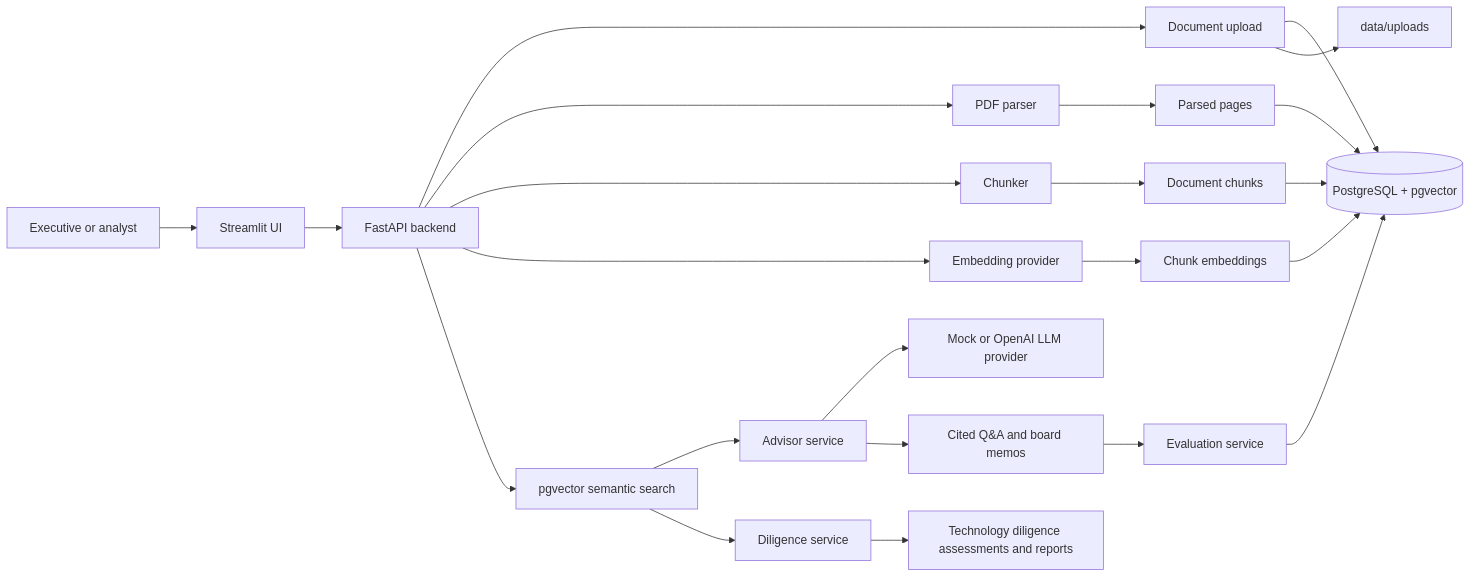
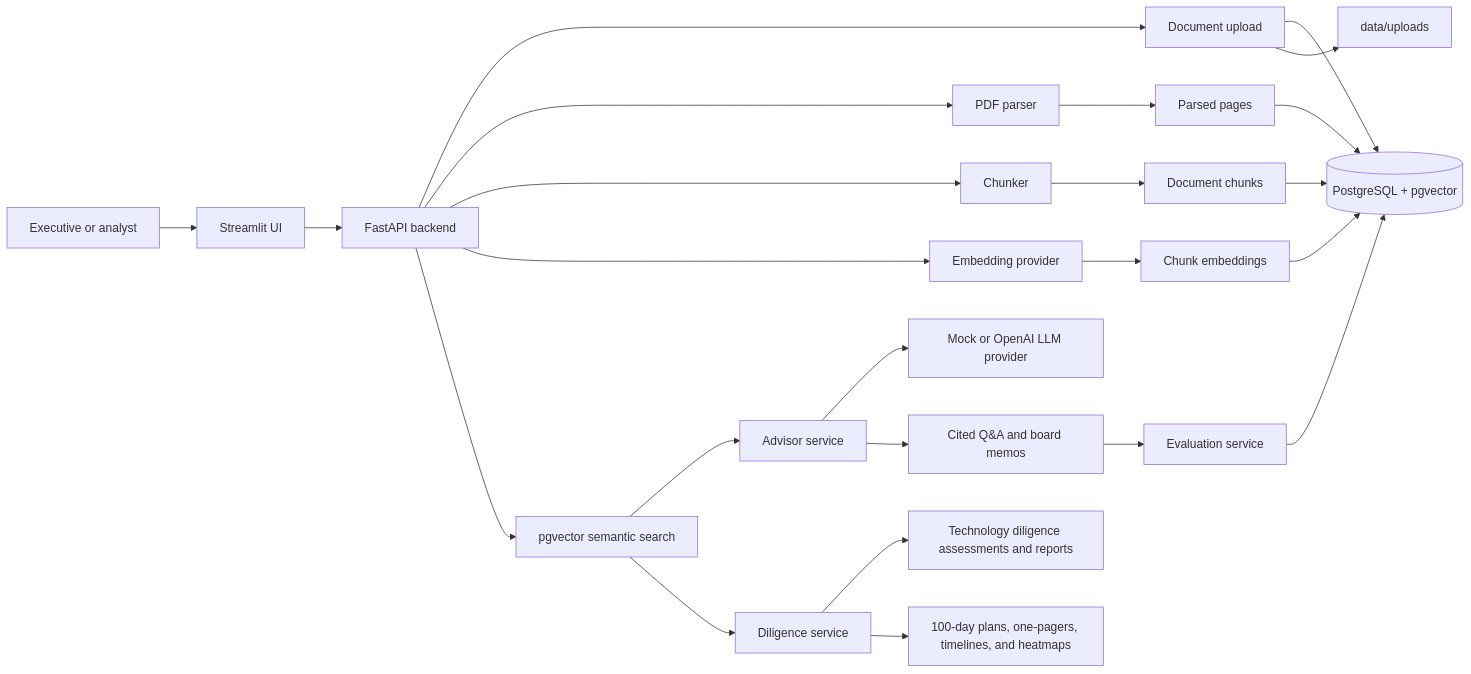
One commit to serewicz/Executive-AI-Advisor changed the diagram in docs/Architecture.md. Above: the diagram before and after it, drawn with Mermaid. The commit also changed other lines of this file and 3 other files, not shown here.

````diff
--- a/docs/Architecture.md
+++ b/docs/Architecture.md
@@ -9,25 +9,26 @@
 ```mermaid
 flowchart LR
     User["Executive or analyst"] --> UI["Streamlit UI"]
     UI --> API["FastAPI backend"]
     API --> Upload["Document upload"]
     Upload --> DB[("PostgreSQL + pgvector")]
     Upload --> Files["data/uploads"]
     API --> Parser["PDF parser"]
     Parser --> Pages["Parsed pages"]
     Pages --> DB
     API --> Chunker["Chunker"]
     Chunker --> Chunks["Document chunks"]
     Chunks --> DB
     API --> Embedder["Embedding provider"]
     Embedder --> Vectors["Chunk embeddings"]
     Vectors --> DB
     API --> Search["pgvector semantic search"]
     Search --> Advisor["Advisor service"]
     Advisor --> LLM["Mock or OpenAI LLM provider"]
     Advisor --> Answers["Cited Q&A and board memos"]
     Search --> Diligence["Diligence service"]
     Diligence --> Assessments["Technology diligence assessments and reports"]
+    Diligence --> Planning["100-day plans, one-pagers, timelines, and heatmaps"]
     Answers --> Evaluation["Evaluation service"]
     Evaluation --> DB
 ```
````
